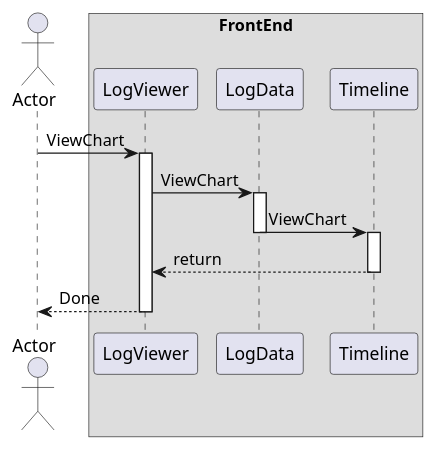
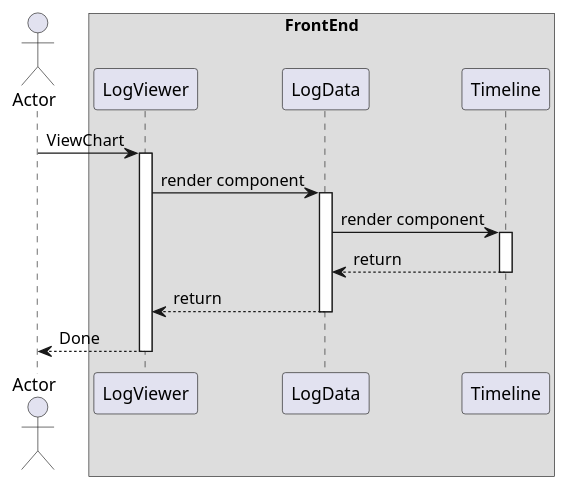
One commit to sevenelevendevunipd/docs changed the fifth of 13 diagrams in allegato_tecnico.md. Above: the diagram before and after it, drawn with PlantUML. The commit also changed other lines of this file, not shown here.

````diff
--- a/allegato_tecnico.md
+++ b/allegato_tecnico.md
@@ -298,22 +353,23 @@
 ```{ .plantuml caption="Diagramma V3"}
 @startuml
 actor Actor
 box "FrontEnd"
 participant LogViewer
 participant LogData
 participant Timeline
 end box
 Actor -> LogViewer: ViewChart
 activate LogViewer
-LogViewer ->LogData: ViewChart
+LogViewer ->LogData: render component
 activate LogData
 
-LogData -> Timeline: ViewChart
+LogData -> Timeline: render component
+activate Timeline
+LogData <-- Timeline: return
+deactivate Timeline
+LogViewer <-- LogData: return
 deactivate LogData
-activate Timeline
-LogViewer <-- Timeline: return 
-deactivate Timeline
 Actor <-- LogViewer: Done
 deactivate LogViewer
 @enduml
 ```
````
